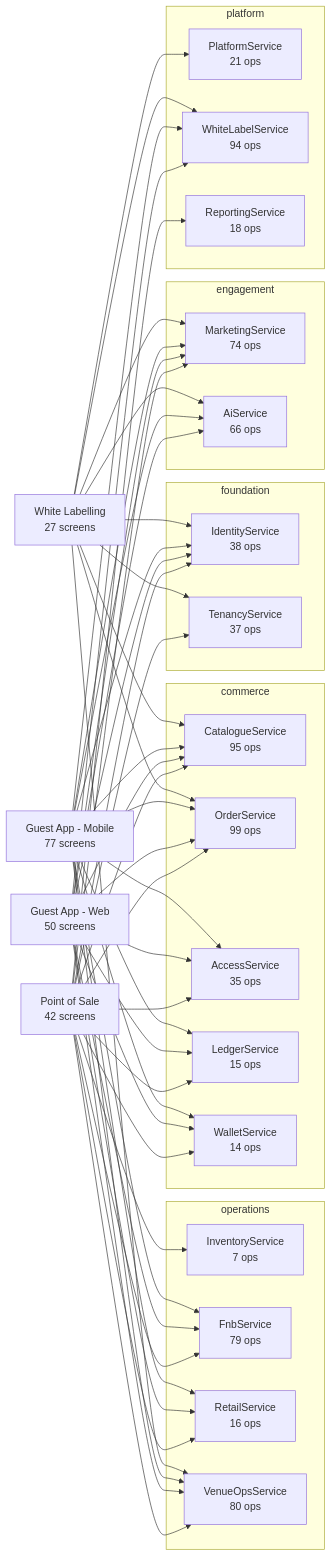
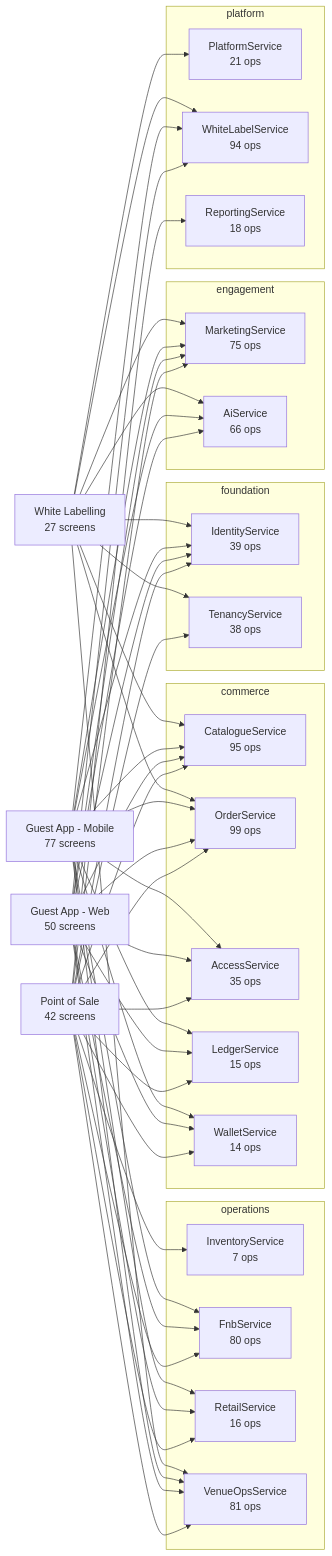
One commit to Diretide298/Solution_Architecture changed the diagram in ticvai/handoff/service-docs/README.md. Above: the diagram before and after it, drawn with Mermaid. The commit also changed other lines of this file and 3753 other files, not shown here.

````diff
--- a/ticvai/handoff/service-docs/README.md
+++ b/ticvai/handoff/service-docs/README.md
@@ -9,79 +9,79 @@
 ```mermaid
 flowchart LR
   POS["Point of Sale<br/>42 screens"]
   WEB["Guest App - Web<br/>50 screens"]
   MOB["Guest App - Mobile<br/>77 screens"]
   WL["White Labelling<br/>27 screens"]
   subgraph foundation
-    IdentityService["IdentityService<br/>38 ops"]
-    TenancyService["TenancyService<br/>37 ops"]
+    IdentityService["IdentityService<br/>39 ops"]
+    TenancyService["TenancyService<br/>38 ops"]
   end
   subgraph commerce
     CatalogueService["CatalogueService<br/>95 ops"]
     OrderService["OrderService<br/>99 ops"]
     AccessService["AccessService<br/>35 ops"]
     LedgerService["LedgerService<br/>15 ops"]
     WalletService["WalletService<br/>14 ops"]
   end
   subgraph operations
     InventoryService["InventoryService<br/>7 ops"]
-    FnbService["FnbService<br/>79 ops"]
+    FnbService["FnbService<br/>80 ops"]
     RetailService["RetailService<br/>16 ops"]
-    VenueOpsService["VenueOpsService<br/>80 ops"]
+    VenueOpsService["VenueOpsService<br/>81 ops"]
   end
   subgraph engagement
-    MarketingService["MarketingService<br/>74 ops"]
+    MarketingService["MarketingService<br/>75 ops"]
     AiService["AiService<br/>66 ops"]
   end
   subgraph platform
     PlatformService["PlatformService<br/>21 ops"]
     WhiteLabelService["WhiteLabelService<br/>94 ops"]
     ReportingService["ReportingService<br/>18 ops"]
   end
   POS --> OrderService
   WEB --> OrderService
   MOB --> OrderService
   WL --> OrderService
   POS --> FnbService
   WEB --> FnbService
   MOB --> FnbService
   POS --> AccessService
   WEB --> AccessService
   MOB --> AccessService
   WL --> PlatformService
   POS --> MarketingService
   WEB --> MarketingService
   MOB --> MarketingService
   WL --> MarketingService
   POS --> CatalogueService
   WEB --> CatalogueService
   MOB --> CatalogueService
   WL --> CatalogueService
   POS --> VenueOpsService
   WEB --> VenueOpsService
   MOB --> VenueOpsService
   WL --> VenueOpsService
   POS --> TenancyService
   WL --> TenancyService
   POS --> ReportingService
   WEB --> WhiteLabelService
   MOB --> WhiteLabelService
   WL --> WhiteLabelService
   POS --> InventoryService
   POS --> IdentityService
   WEB --> IdentityService
   MOB --> IdentityService
   WL --> IdentityService
   POS --> RetailService
   WEB --> RetailService
   MOB --> RetailService
   WEB --> AiService
   MOB --> AiService
   WL --> AiService
   POS --> WalletService
   WEB --> WalletService
   MOB --> WalletService
   POS --> LedgerService
   WEB --> LedgerService
   MOB --> LedgerService
 ```
````
